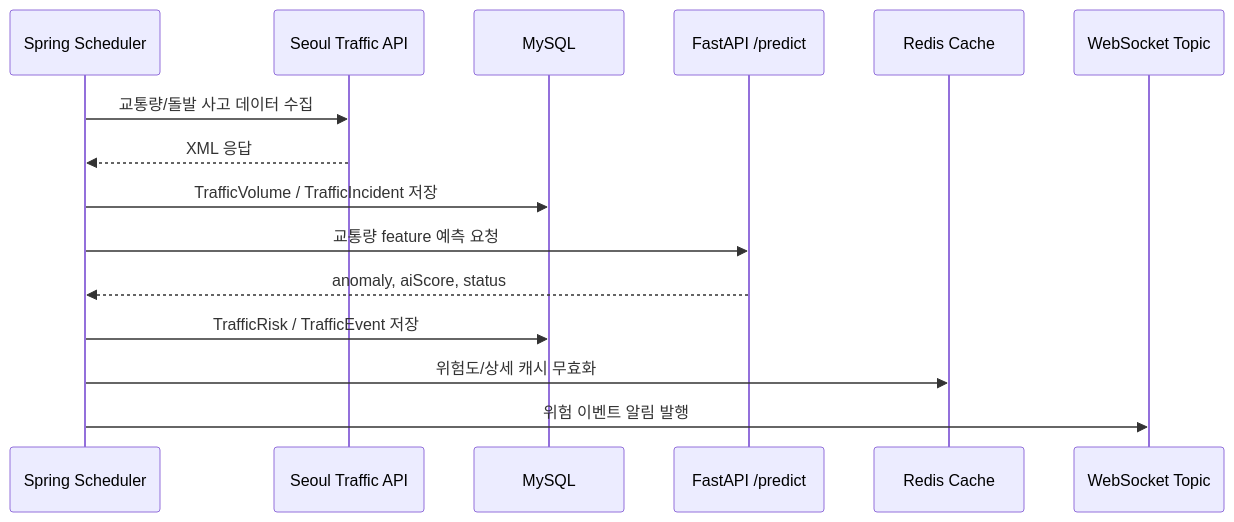
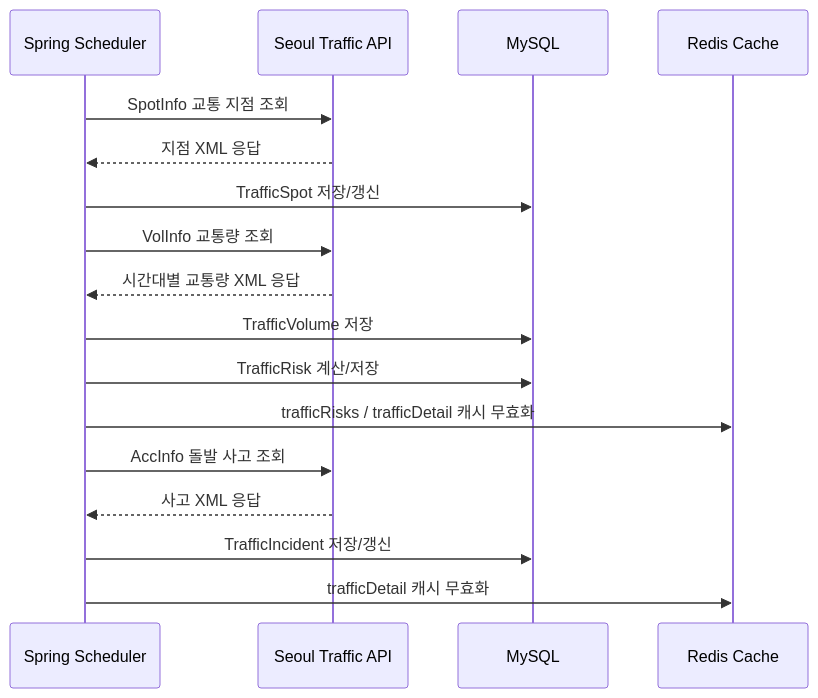
The second of 3 diagrams in README.md (daetu01/noAIProject), drawn with Mermaid before and after one commit. The commit also changed other lines of this file, not shown here.

````diff
--- a/README.md
+++ b/README.md
@@ -226,18 +108,22 @@
 ```mermaid
 sequenceDiagram
     participant Scheduler as Spring Scheduler
     participant Seoul as Seoul Traffic API
     participant DB as MySQL
-    participant AI as FastAPI /predict
     participant Redis as Redis Cache
-    participant WS as WebSocket Topic
 
-    Scheduler->>Seoul: 교통량/돌발 사고 데이터 수집
-    Seoul-->>Scheduler: XML 응답
-    Scheduler->>DB: TrafficVolume / TrafficIncident 저장
-    Scheduler->>AI: 교통량 feature 예측 요청
-    AI-->>Scheduler: anomaly, aiScore, status
-    Scheduler->>DB: TrafficRisk / TrafficEvent 저장
-    Scheduler->>Redis: 위험도/상세 캐시 무효화
-    Scheduler->>WS: 위험 이벤트 알림 발행
+    Scheduler->>Seoul: SpotInfo 교통 지점 조회
+    Seoul-->>Scheduler: 지점 XML 응답
+    Scheduler->>DB: TrafficSpot 저장/갱신
+
+    Scheduler->>Seoul: VolInfo 교통량 조회
+    Seoul-->>Scheduler: 시간대별 교통량 XML 응답
+    Scheduler->>DB: TrafficVolume 저장
+    Scheduler->>DB: TrafficRisk 계산/저장
+    Scheduler->>Redis: trafficRisks / trafficDetail 캐시 무효화
+
+    Scheduler->>Seoul: AccInfo 돌발 사고 조회
+    Seoul-->>Scheduler: 사고 XML 응답
+    Scheduler->>DB: TrafficIncident 저장/갱신
+    Scheduler->>Redis: trafficDetail 캐시 무효화
 ```
````
